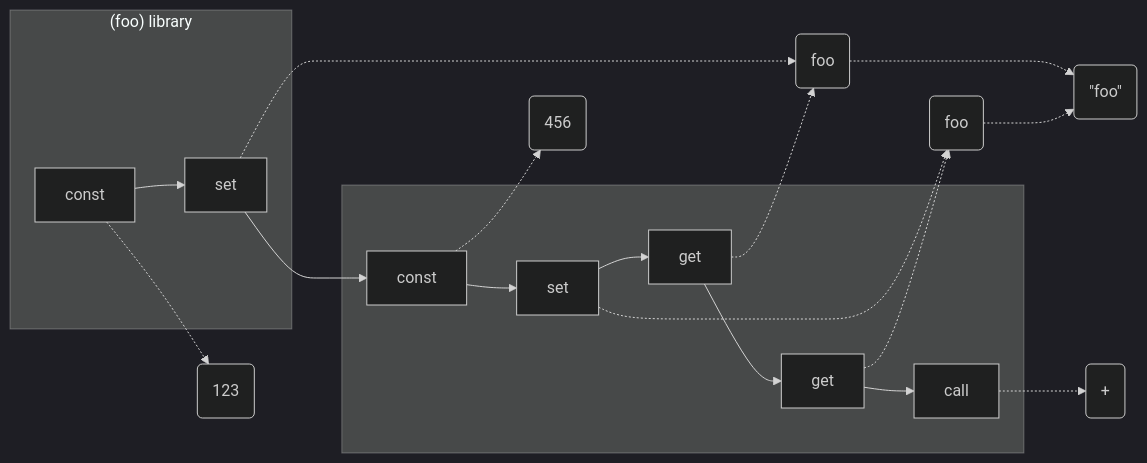
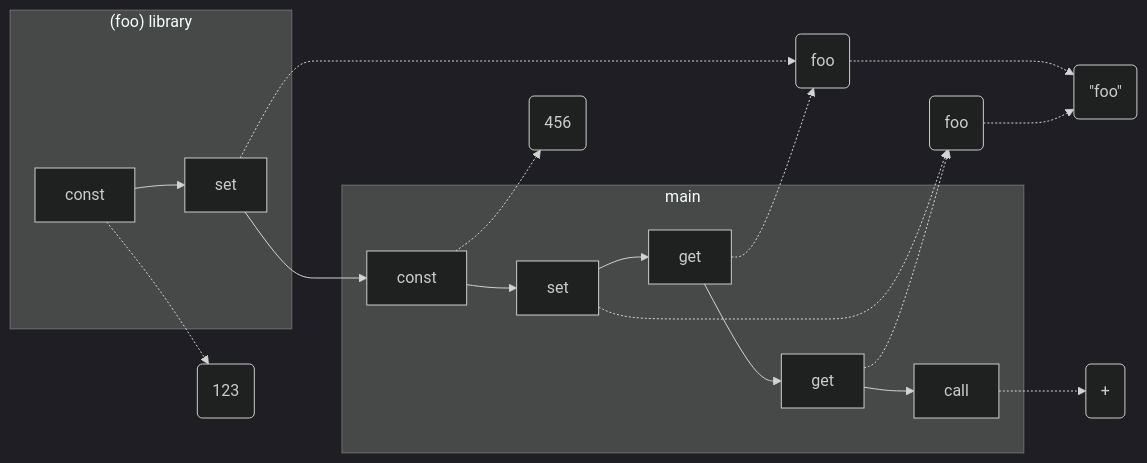
Before and after one commit to raviqqe/doc: the diagram in slides/papers/stak-scheme/library-system.mmd, drawn with Mermaid (dark theme).

```diff
--- a/slides/papers/stak-scheme/library-system.mmd
+++ b/slides/papers/stak-scheme/library-system.mmd
@@ -1,22 +1,22 @@
 flowchart LR
   c1 -.-> d3(foo)
   c4 -.-> d3
   c3 -.-> d4(foo)
   c5 -.-> d4
   d3 -.-> d2(#quot;foo#quot;)
   d4 -.-> d2
 
   subgraph s0["(foo) library"]
     c0[const] --> c1[set]
   end
 
   c1 --> c2
 
-  subgraph s1[ ]
+  subgraph s1[main]
     c2[const] --> c3[set] --> c4
     c4[get] --> c5[get] --> c6[call]
   end
 
   c0 -.-> d0(123)
   c2 -.-> d1(456)
   c6 -.-> d5(+)
```
